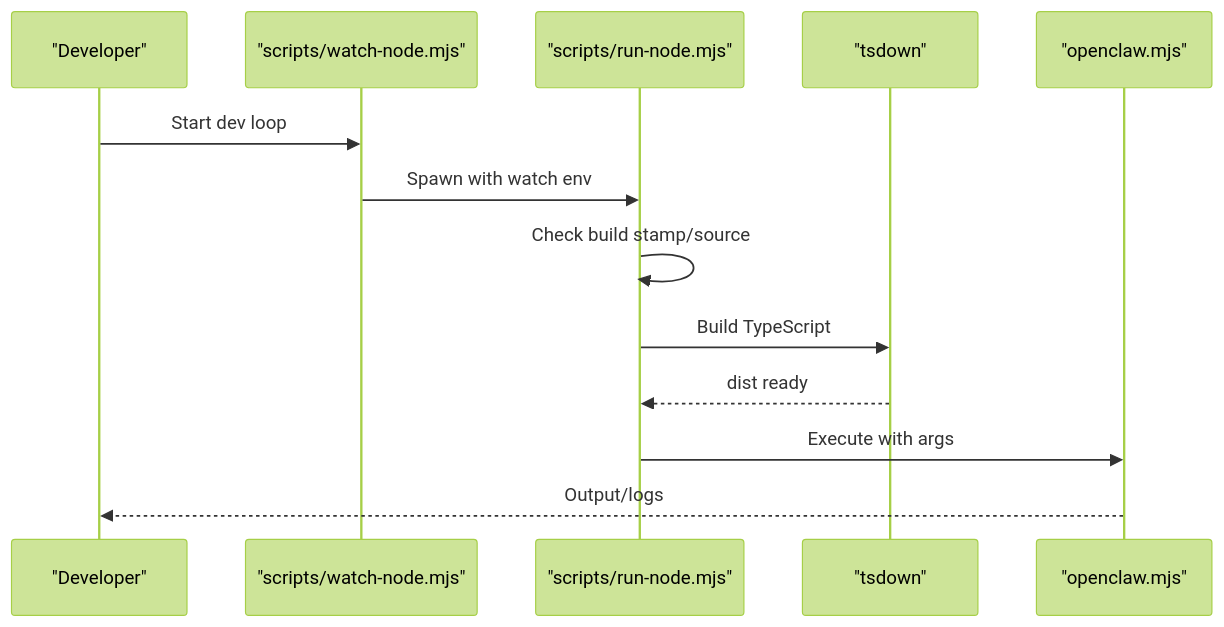
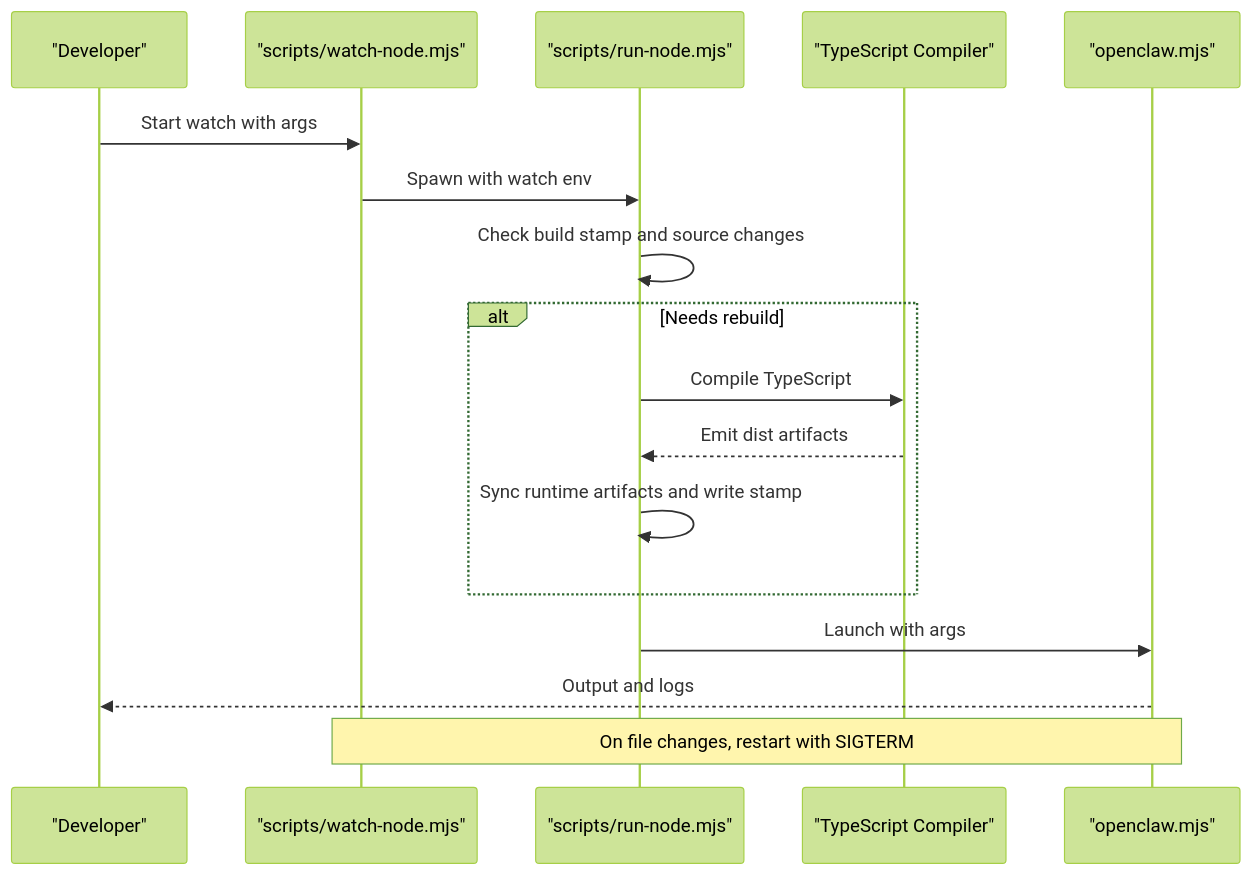
The second of 6 diagrams in repowiki/en/content/Development Guide.md (botx-work/OpenClaw-Internals), drawn with Mermaid (forest theme) before and after one commit. The commit also changed other lines of this file and 332 other files, not shown here.

````diff
--- a/repowiki/en/content/Development Guide.md
+++ b/repowiki/en/content/Development Guide.md
@@ -163,15 +113,19 @@
 ```mermaid
 sequenceDiagram
 participant Dev as "Developer"
 participant Watch as "scripts/watch-node.mjs"
 participant Runner as "scripts/run-node.mjs"
-participant Builder as "tsdown"
+participant Build as "TypeScript Compiler"
 participant CLI as "openclaw.mjs"
-Dev->>Watch : Start dev loop
+Dev->>Watch : Start watch with args
 Watch->>Runner : Spawn with watch env
-Runner->>Runner : Check build stamp/source
-Runner->>Builder : Build TypeScript
-Builder-->>Runner : dist ready
-Runner->>CLI : Execute with args
-CLI-->>Dev : Output/logs
+Runner->>Runner : Check build stamp and source changes
+alt Needs rebuild
+Runner->>Build : Compile TypeScript
+Build-->>Runner : Emit dist artifacts
+Runner->>Runner : Sync runtime artifacts and write stamp
+end
+Runner->>CLI : Launch with args
+CLI-->>Dev : Output and logs
+Note over Watch,CLI : On file changes, restart with SIGTERM
 ```
````
